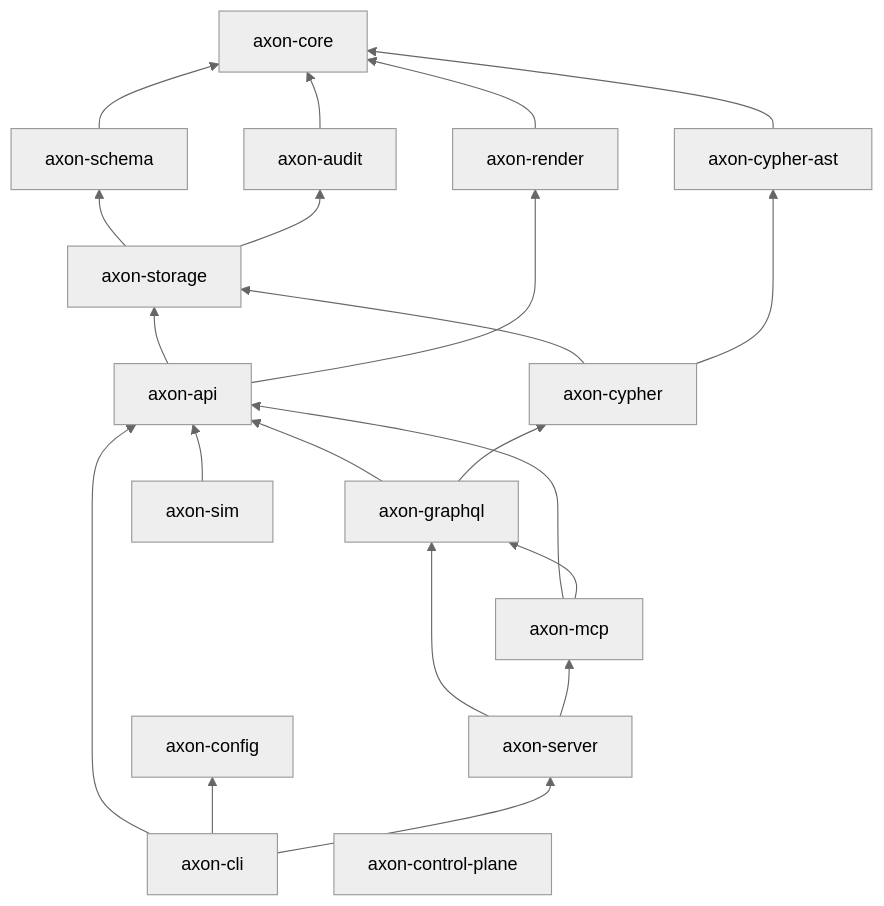
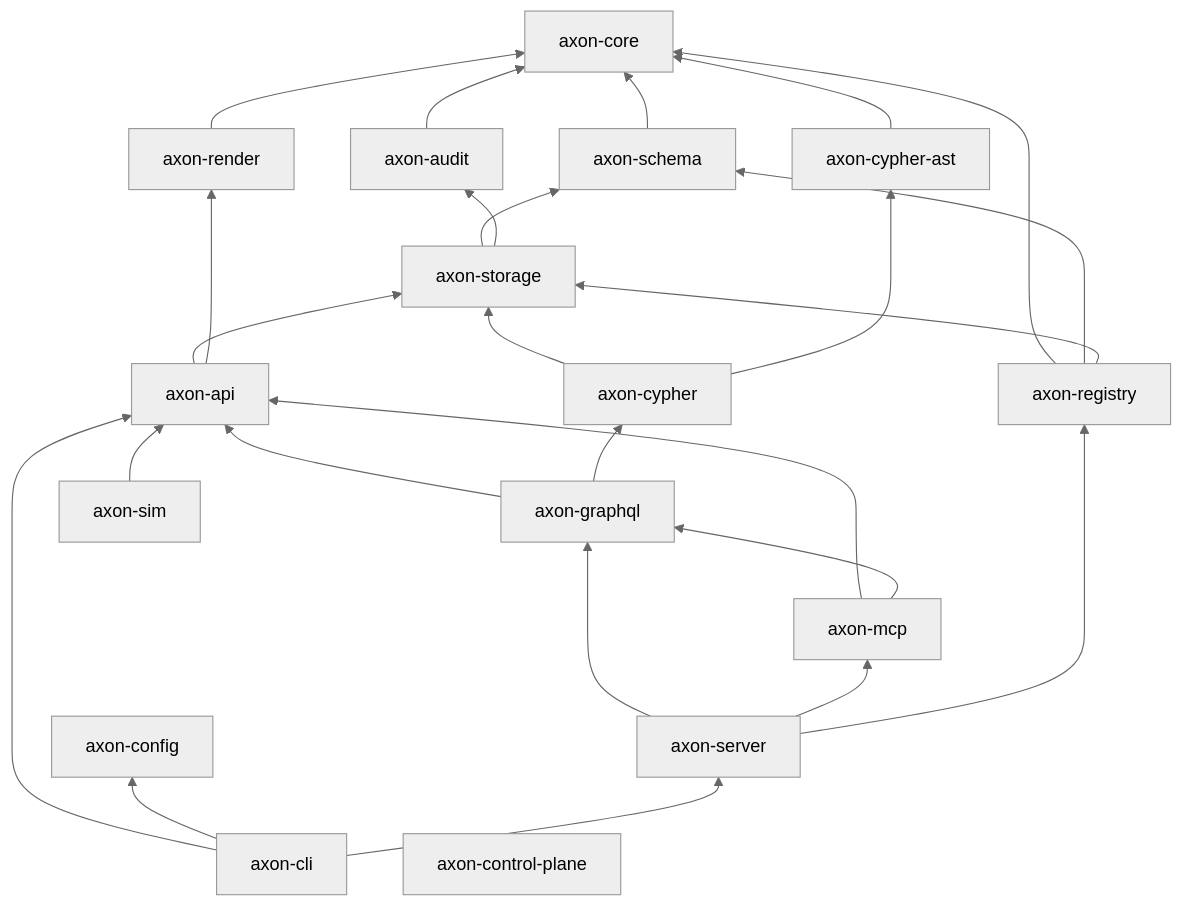
The third of 5 diagrams in docs/helix/02-design/architecture.md (DocumentDrivenDX/axon), drawn with Mermaid (neutral theme) before and after one commit. The commit also changed other lines of this file and 1 other file, not shown here.

Commit message:
docs(align): list axon-registry in workspace inventories [axon-c120874f]

````diff
--- a/docs/helix/02-design/architecture.md
+++ b/docs/helix/02-design/architecture.md
@@ -192,18 +193,19 @@
 ```mermaid
 graph BT
     core[axon-core]
     schema[axon-schema] --> core
     audit[axon-audit] --> core
     cypherast[axon-cypher-ast] --> core
     storage[axon-storage] --> schema & audit
     render[axon-render] --> core
     api[axon-api] --> storage & render
     cypher[axon-cypher] --> storage & cypherast
     graphql[axon-graphql] --> api & cypher
     mcp[axon-mcp] --> api & graphql
-    server[axon-server] --> graphql & mcp
+    registry[axon-registry] --> core & schema & storage
+    server[axon-server] --> graphql & mcp & registry
     sim[axon-sim] --> api
     config[axon-config]
     cli[axon-cli] --> api & config & server
     cp[axon-control-plane]
 ```
````
